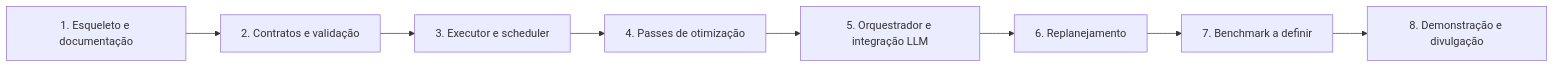
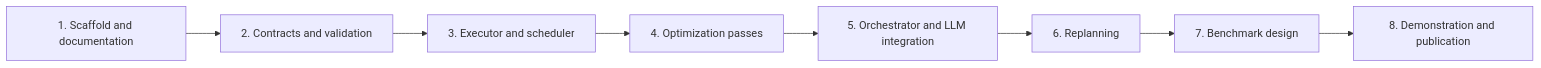
One commit to joaomadruga/AgentCompiler changed the tenth of 10 diagrams in README.md. Above: the diagram before and after it, drawn with Mermaid. The commit also changed other lines of this file and 4 other files, not shown here.

````diff
--- a/README.md
+++ b/README.md
@@ -282,10 +285,10 @@
 ```mermaid
 flowchart LR
-    A[1. Esqueleto e documentação] --> B[2. Contratos e validação]
-    B --> C[3. Executor e scheduler]
-    C --> D[4. Passes de otimização]
-    D --> E[5. Orquestrador e integração LLM]
-    E --> F[6. Replanejamento]
-    F --> G[7. Benchmark a definir]
-    G --> H[8. Demonstração e divulgação]
+    A[1. Scaffold and documentation] --> B[2. Contracts and validation]
+    B --> C[3. Executor and scheduler]
+    C --> D[4. Optimization passes]
+    D --> E[5. Orchestrator and LLM integration]
+    E --> F[6. Replanning]
+    F --> G[7. Benchmark design]
+    G --> H[8. Demonstration and publication]
 ```
````
